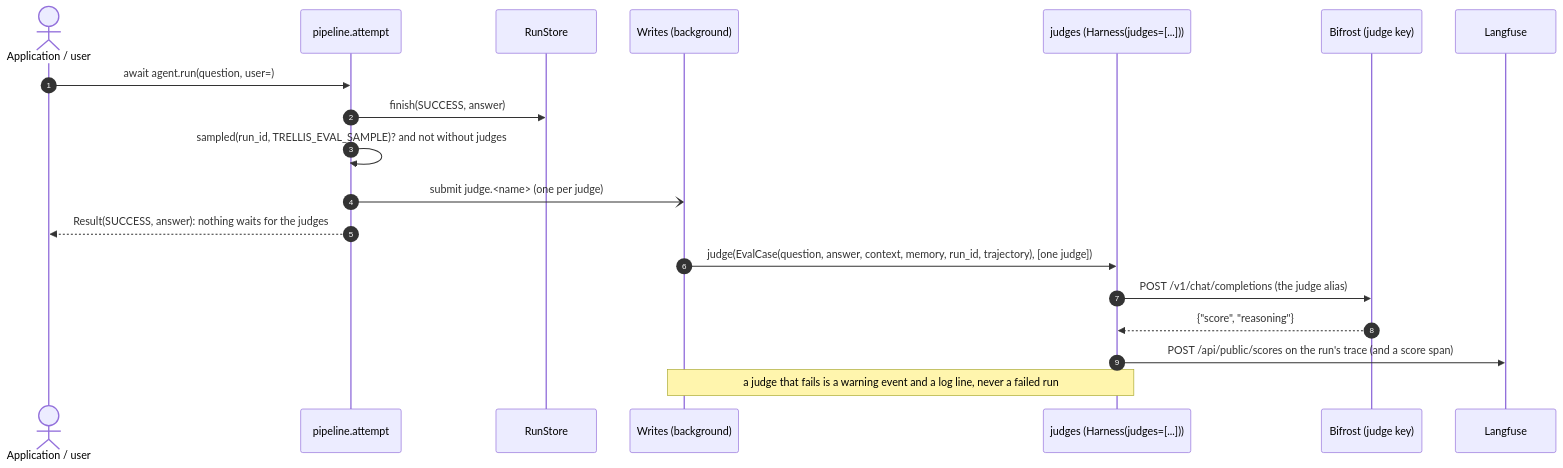
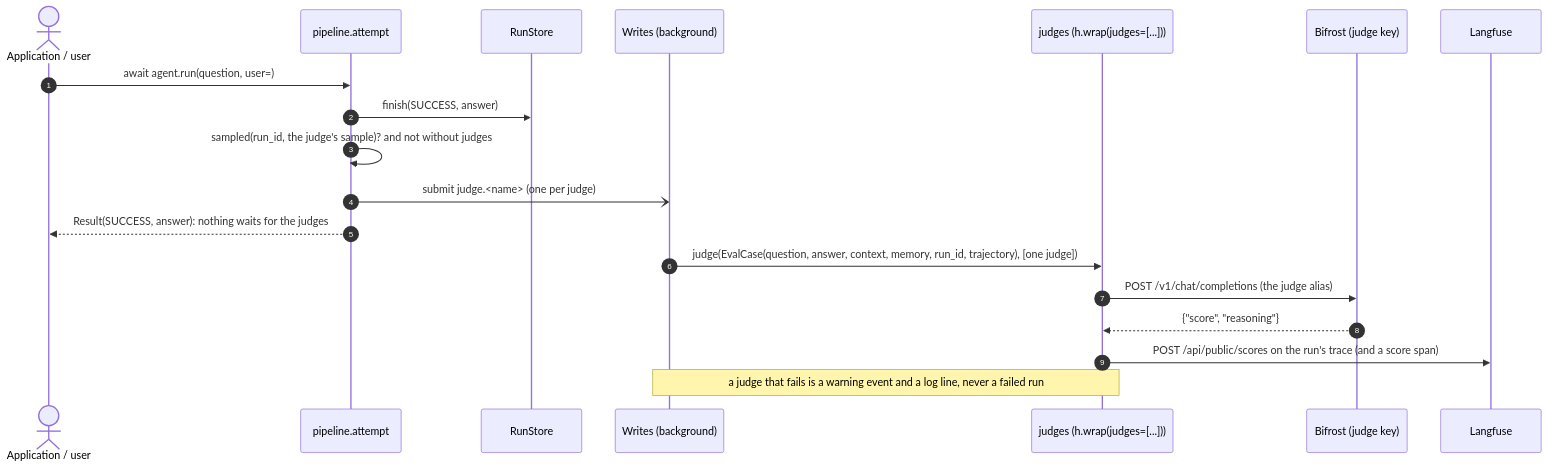
Before and after one commit to amitmohapatra/agent-harness: diagram 12 of 14 in docs/flows.md, drawn with Mermaid. The commit also changed other lines of this file and 244 other files, not shown here.

````diff
--- a/docs/flows.md
+++ b/docs/flows.md
@@ -501,22 +500,22 @@
 ```mermaid
 sequenceDiagram
   autonumber
   actor User as Application / user
   participant P as pipeline.attempt
   participant Runs as RunStore
   participant W as Writes (background)
-  participant J as judges (Harness(judges=[...]))
+  participant J as judges (h.wrap(judges=[...]))
   participant GW as Bifrost (judge key)
   participant LF as Langfuse
 
   User->>P: await agent.run(question, user=)
   P->>Runs: finish(SUCCESS, answer)
-  P->>P: sampled(run_id, TRELLIS_EVAL_SAMPLE)? and not without judges
+  P->>P: sampled(run_id, the judge's sample)? and not without judges
   P-)W: submit judge.<name> (one per judge)
   P-->>User: Result(SUCCESS, answer): nothing waits for the judges
   W->>J: judge(EvalCase(question, answer, context, memory, run_id, trajectory), [one judge])
   J->>GW: POST /v1/chat/completions (the judge alias)
   GW-->>J: {"score", "reasoning"}
   J->>LF: POST /api/public/scores on the run's trace (and a score span)
   Note over W,J: a judge that fails is a warning event and a log line, never a failed run
 ```
````
